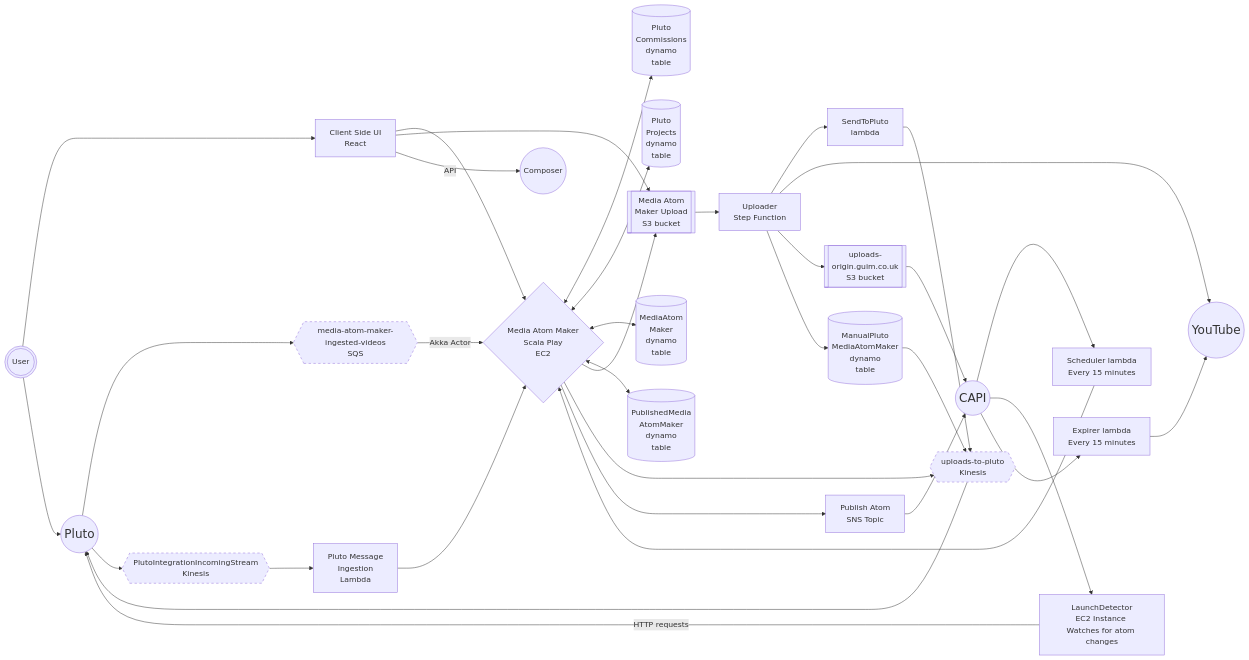
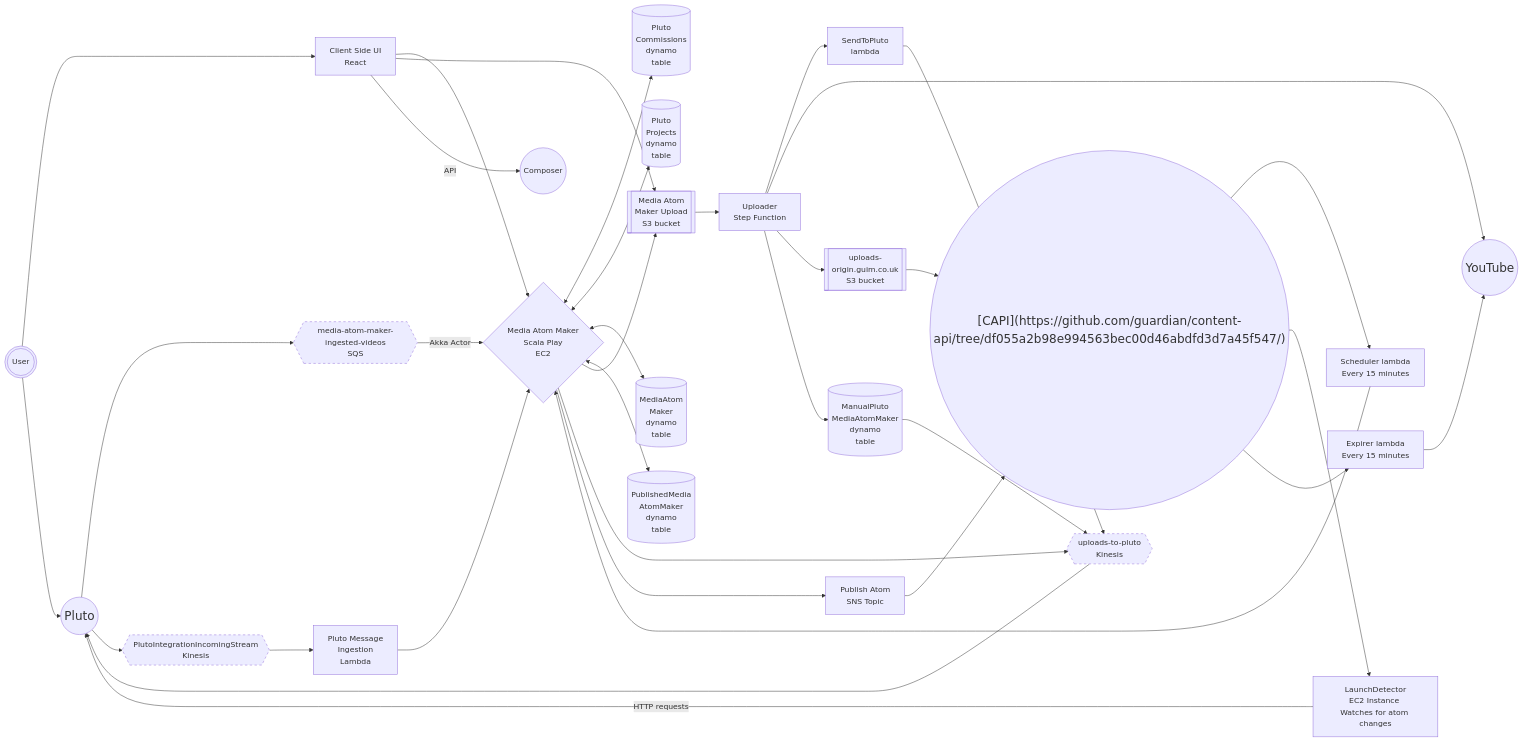
One commit to guardian/media-atom-maker changed the diagram in docs/10-architecture.md. Above: the diagram before and after it, drawn with Mermaid.

Commit message:
Try adding a link to a node
I think hyperlinks within this graph might be useful, but I don’t know
how well they generally work in different rendering environments. Will
this work nicely in the github preview? Elsewhere?

````diff
--- a/docs/10-architecture.md
+++ b/docs/10-architecture.md
@@ -5,50 +5,50 @@
 ```mermaid
 graph LR
     Pluto((Pluto)):::External
     YouTube((YouTube)):::External
-    CAPI((CAPI)):::External
+    CAPI(("`[CAPI](https://github.com/guardian/content-api/tree/df055a2b98e994563bec00d46abdfd3d7a45f547/)`")):::External
     Composer((Composer))
     uploads-to-pluto{{uploads-to-pluto<br/>Kinesis}}:::Stream
     media-atom-maker-ingested-videos{{media-atom-maker-ingested-videos<br/>SQS}}:::Stream
     PlutoIntegrationIncomingStream{{PlutoIntegrationIncomingStream<br/>Kinesis}}:::Stream
     uploads-to-pluto --> Pluto
     Pluto --> media-atom-maker-ingested-videos
     Pluto --> PlutoIntegrationIncomingStream
     SendToPluto[SendToPluto<br/>lambda] --> uploads-to-pluto
     media-atom-maker-ingested-videos -->|Akka Actor| MediaAtomMaker{Media Atom Maker<br/>Scala Play<br/>EC2}
     PlutoIntegrationIncomingStream --> PlutoMessage[Pluto Message<br/>Ingestion<br/>Lambda]
     PlutoMessage --> MediaAtomMaker
     MediaAtomMaker <--> PlutoCommissions[(Pluto<br/>Commissions<br/>dynamo<br/>table)]
     MediaAtomMaker <--> PlutoProjects[(Pluto<br/>Projects<br/>dynamo<br/>table)]
     MediaAtomMaker <--> MediaAtomMakerProd[(MediaAtom<br/>Maker<br/>dynamo<br/>table)]
     MediaAtomMaker <--> PublishedMedia[(PublishedMedia<br/>AtomMaker<br/>dynamo<br/>table)]
     MediaAtomMaker --> MediaAtomMakerUpload[[Media Atom<br/>Maker Upload<br/>S3 bucket]]
     MediaAtomMaker --> uploads-to-pluto
     User(((User)))
     User --> ClientSide
     User --> Pluto
     ClientSide[Client Side UI<br/>React<br/>]
     ClientSide --> MediaAtomMaker
     ClientSide --> MediaAtomMakerUpload
     ClientSide -->|API| Composer
     MediaAtomMakerUpload --> Uploader
     Uploader[Uploader<br/>Step Function]
     Uploader --> SendToPluto
     Uploader --> YouTube
     Uploader --> UploadsOrigin[[uploads-<br/>origin.guim.co.uk<br/>S3 bucket]]
     Uploader --> ManualPluto[(ManualPluto<br/>MediaAtomMaker<br/>dynamo<br/>table)]
     ManualPluto --> uploads-to-pluto
     UploadsOrigin --> CAPI
     MediaAtomMaker --> PublishAtom[Publish Atom<br/>SNS Topic]
     Scheduler[Scheduler lambda<br/>Every 15 minutes]
     Scheduler --> MediaAtomMaker
     CAPI --> Scheduler
     CAPI --> LaunchDetector[LaunchDetector<br/>EC2 Instance <br/>Watches for atom changes]
     LaunchDetector -->|HTTP requests| Pluto
     PublishAtom --> CAPI
     Expirer[Expirer lambda<br/>Every 15 minutes]
     CAPI --> Expirer
     Expirer --> YouTube
     classDef External padding: 50px, width: 200px, font-size: 25px
     classDef Stream stroke-dasharray: 5 5
 ```
````
